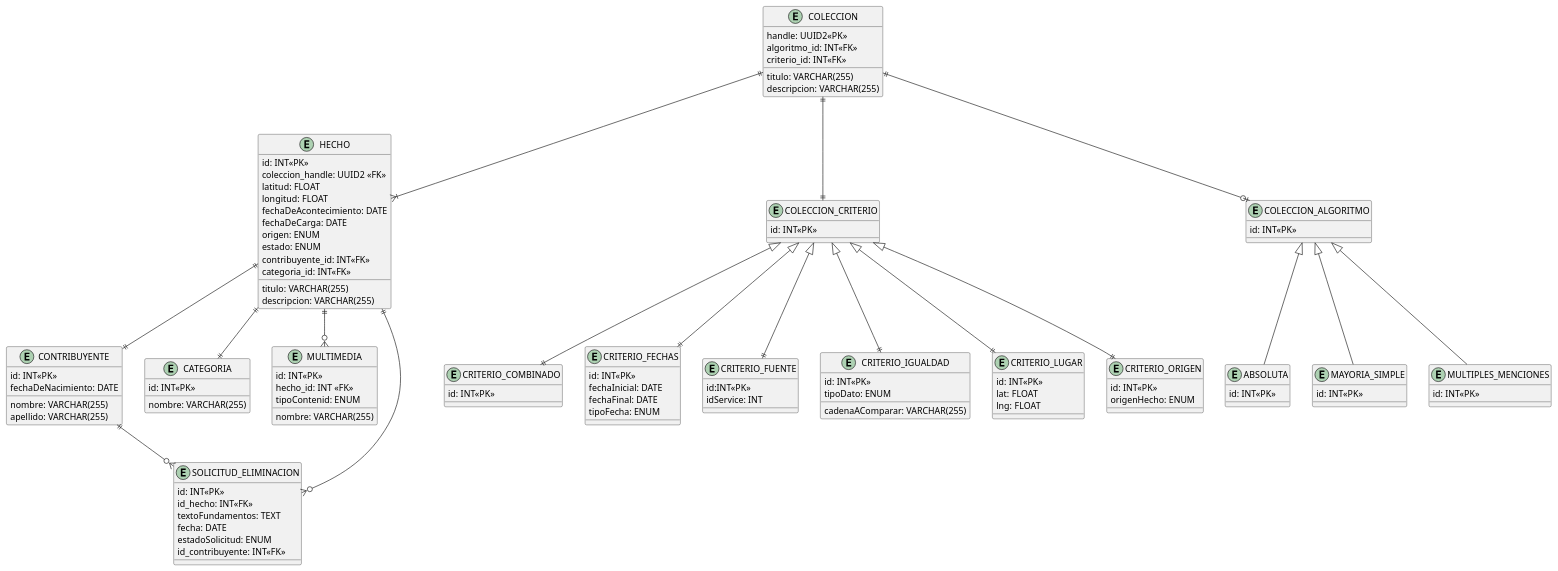
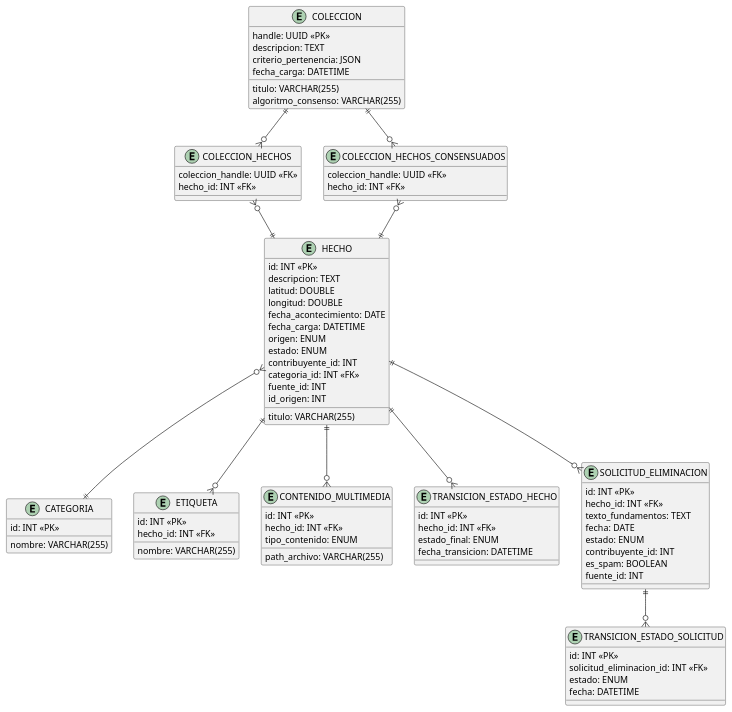
One commit to NicolasPazz/metamapa changed the diagram in entregables/entrega-final/diagrama-entidad-relacion/agregador.puml. Above: the diagram before and after it, drawn with PlantUML. The commit also changed 28 other files, not shown here.

```diff
--- a/entregables/entrega-final/diagrama-entidad-relacion/agregador.puml
+++ b/entregables/entrega-final/diagrama-entidad-relacion/agregador.puml
@@ -1,127 +1,92 @@
 @startuml
+
 entity "HECHO" as h {
-id: INT<<PK>>
-coleccion_handle: UUID2 <<FK>>
+id: INT <<PK>>
 titulo: VARCHAR(255)
-descripcion: VARCHAR(255)
-latitud: FLOAT
-longitud: FLOAT
-fechaDeAcontecimiento: DATE
-fechaDeCarga: DATE
+descripcion: TEXT
+latitud: DOUBLE
+longitud: DOUBLE
+fecha_acontecimiento: DATE
+fecha_carga: DATETIME
 origen: ENUM
 estado: ENUM
-contribuyente_id: INT<<FK>>
-categoria_id: INT<<FK>>
-
-}
-
-entity "CONTRIBUYENTE" as cont {
-id: INT<<PK>>
-nombre: VARCHAR(255)
-apellido: VARCHAR(255)
-fechaDeNacimiento: DATE
+contribuyente_id: INT
+categoria_id: INT <<FK>>
+fuente_id: INT
+id_origen: INT
 }
 
 entity "CATEGORIA" as cat {
-id: INT<<PK>>
+id: INT <<PK>>
 nombre: VARCHAR(255)
 }
 
-entity "MULTIMEDIA" as multi {
-id: INT<<PK>>
+entity "ETIQUETA" as etiq {
+id: INT <<PK>>
 hecho_id: INT <<FK>>
 nombre: VARCHAR(255)
-tipoContenid: ENUM
+}
+
+entity "CONTENIDO_MULTIMEDIA" as multi {
+id: INT <<PK>>
+hecho_id: INT <<FK>>
+path_archivo: VARCHAR(255)
+tipo_contenido: ENUM
+}
+
+entity "TRANSICION_ESTADO_HECHO" as teh {
+id: INT <<PK>>
+hecho_id: INT <<FK>>
+estado_final: ENUM
+fecha_transicion: DATETIME
 }
 
 entity "COLECCION" as col {
-handle: UUID2<<PK>>
+handle: UUID <<PK>>
 titulo: VARCHAR(255)
-descripcion: VARCHAR(255)
-algoritmo_id: INT<<FK>>
-criterio_id: INT<<FK>>
+descripcion: TEXT
+criterio_pertenencia: JSON
+algoritmo_consenso: VARCHAR(255)
+fecha_carga: DATETIME
 }
 
-entity "COLECCION_CRITERIO" as crit {
-id: INT<<PK>>
+entity "COLECCION_HECHOS" as ch {
+coleccion_handle: UUID <<FK>>
+hecho_id: INT <<FK>>
 }
 
-entity "CRITERIO_COMBINADO" as comn {
-id: INT<<PK>>
-}
-
-entity "CRITERIO_FECHAS" as fech {
-id: INT<<PK>>
-fechaInicial: DATE
-fechaFinal: DATE
-tipoFecha: ENUM
-}
-
-
-entity "CRITERIO_FUENTE" as fuent {
-id:INT<<PK>>
-idService: INT
-}
-
-entity "CRITERIO_IGUALDAD" as igual {
-id: INT<<PK>>
-cadenaAComparar: VARCHAR(255)
-tipoDato: ENUM
-}
-
-entity "CRITERIO_LUGAR" as lug {
-id: INT<<PK>>
-lat: FLOAT
-lng: FLOAT
-}
-
-entity "CRITERIO_ORIGEN" as orig {
-id: INT<<PK>>
-origenHecho: ENUM
-}
-
-entity "COLECCION_ALGORITMO" as alg {
-id: INT<<PK>>
-}
-
-entity "ABSOLUTA" as abs {
-id: INT<<PK>>
-}
-
-entity "MAYORIA_SIMPLE" as ms {
-id: INT<<PK>>
-}
-
-entity "MULTIPLES_MENCIONES" as mm {
-id: INT<<PK>>
+entity "COLECCION_HECHOS_CONSENSUADOS" as chc {
+coleccion_handle: UUID <<FK>>
+hecho_id: INT <<FK>>
 }
 
 entity "SOLICITUD_ELIMINACION" as se {
-id: INT<<PK>>
-id_hecho: INT<<FK>>
-textoFundamentos: TEXT
+id: INT <<PK>>
+hecho_id: INT <<FK>>
+texto_fundamentos: TEXT
 fecha: DATE
-estadoSolicitud: ENUM
-id_contribuyente: INT<<FK>>
+estado: ENUM
+contribuyente_id: INT
+es_spam: BOOLEAN
+fuente_id: INT
 }
 
+entity "TRANSICION_ESTADO_SOLICITUD" as tes {
+id: INT <<PK>>
+solicitud_eliminacion_id: INT <<FK>>
+estado: ENUM
+fecha: DATETIME
+}
 
-col ||--|{ h
-col ||--o| alg
-col ||--|| crit
+h }o--|| cat
+h ||--o{ etiq
 h ||--o{ multi
-h ||--|| cat
-h ||--|| cont
-alg <|--abs
-alg <|--ms
-alg <|-- mm
-cont ||--o{ se
+h ||--o{ teh
 h ||--o{ se
-crit <|--|| comn
-crit <|--|| fech
-crit <|--|| fuent
-crit <|--|| igual
-crit <|--|| lug
-crit <|--|| orig
+col ||--o{ ch
+col ||--o{ chc
+ch }o--|| h
+chc }o--|| h
+se ||--o{ tes
 
 @enduml
```
